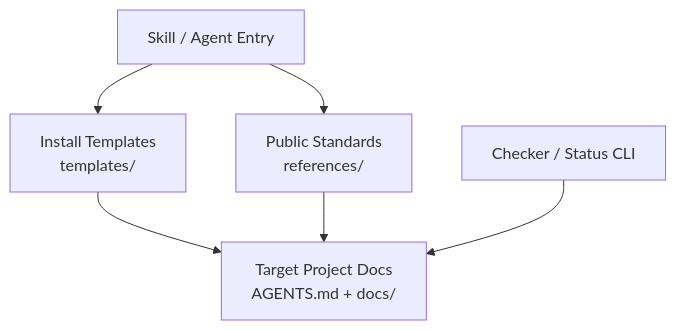
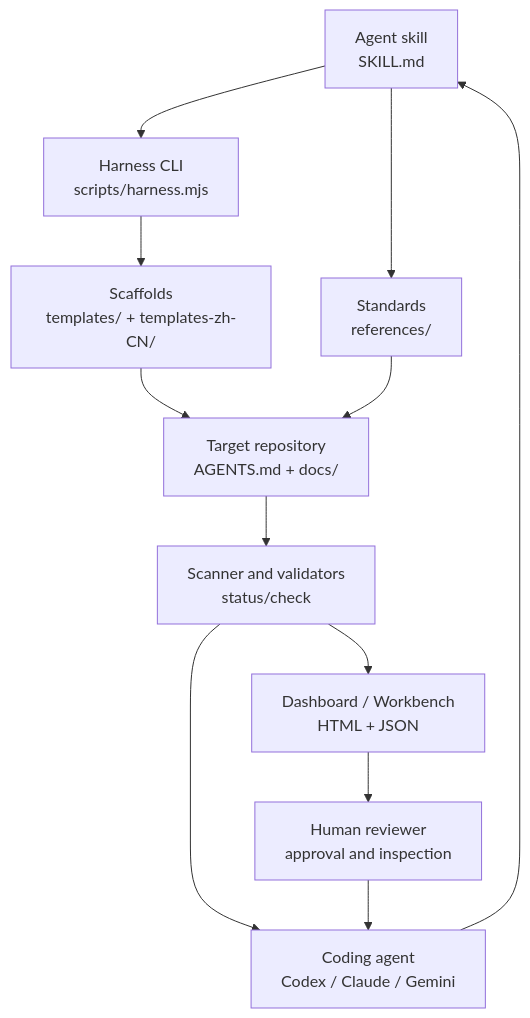
Before and after one commit to FairladyZ625/coding-agent-harness: the second of 11 diagrams in docs-release/architecture/overview.md, drawn with Mermaid. The commit also changed other lines of this file and 1 other file, not shown here.

Commit message:
Expand public architecture overview

````diff
--- a/docs-release/architecture/overview.md
+++ b/docs-release/architecture/overview.md
@@ -9,14 +33,24 @@
 ```mermaid
 flowchart TB
-  Skill["Skill / Agent Entry"]
-  Docs["Public Standards<br/>references/"]
-  Templates["Install Templates<br/>templates/"]
-  Target["Target Project Docs<br/>AGENTS.md + docs/"]
-  Check["Checker / Status CLI"]
+  Skill["Agent skill<br/>SKILL.md"]
+  CLI["Harness CLI<br/>scripts/harness.mjs"]
+  Standards["Standards<br/>references/"]
+  Templates["Scaffolds<br/>templates/ + templates-zh-CN/"]
+  Target["Target repository<br/>AGENTS.md + docs/"]
+  Scanner["Scanner and validators<br/>status/check"]
+  Dashboard["Dashboard / Workbench<br/>HTML + JSON"]
+  Human["Human reviewer<br/>approval and inspection"]
+  Agent["Coding agent<br/>Codex / Claude / Gemini"]
 
-  Skill --> Docs
-  Skill --> Templates
+  Agent --> Skill
+  Skill --> Standards
+  Skill --> CLI
+  CLI --> Templates
   Templates --> Target
-  Docs --> Target
-  Check --> Target
+  Standards --> Target
+  Target --> Scanner
+  Scanner --> Dashboard
+  Dashboard --> Human
+  Scanner --> Agent
+  Human --> Agent
 ```
````
